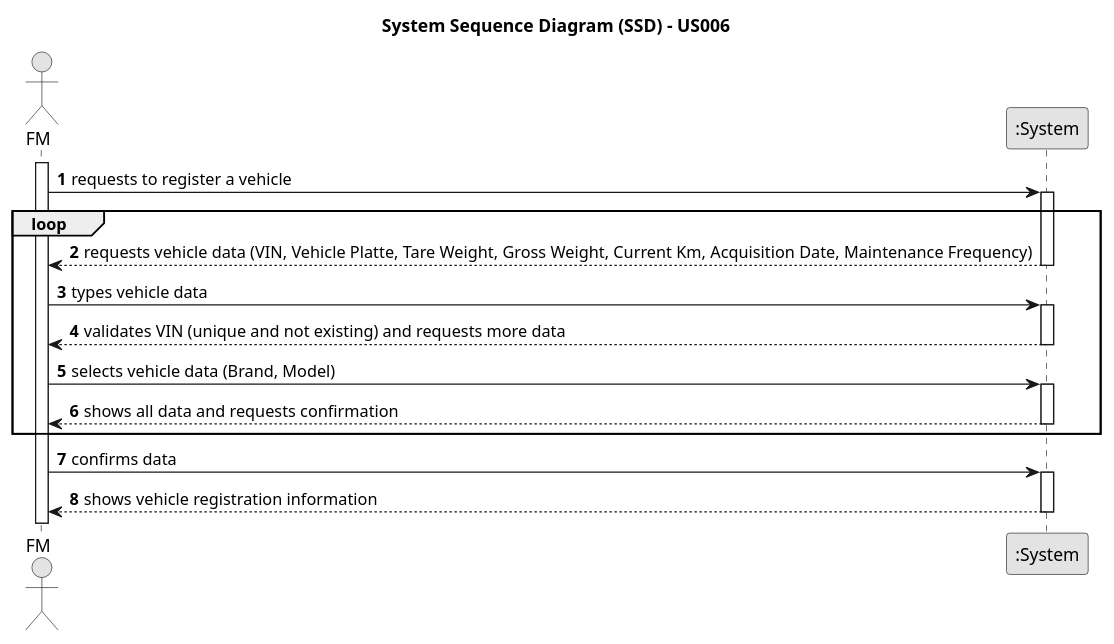
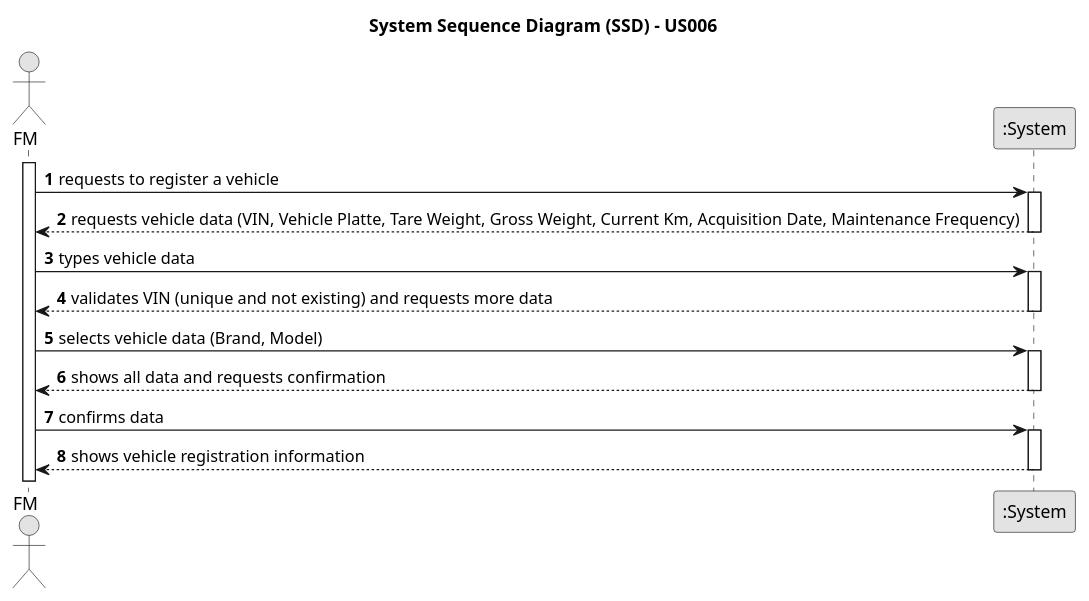
One commit to ricardomm7/leaflink changed the diagram in docs/sprintA/us006/01.requirements-engineering/puml/us006-system-sequence-diagram-alternative-one.puml. Above: the diagram before and after it, drawn with PlantUML. The commit also changed 14 other files, not shown here.

```diff
--- a/docs/sprintA/us006/01.requirements-engineering/puml/us006-system-sequence-diagram-alternative-one.puml
+++ b/docs/sprintA/us006/01.requirements-engineering/puml/us006-system-sequence-diagram-alternative-one.puml
@@ -1,39 +1,39 @@
 @startuml
 skinparam monochrome true
 skinparam packageStyle rectangle
 skinparam shadowing false
 
 title System Sequence Diagram (SSD) - US006
 
 autonumber
 
 actor "FM" as FM
 participant ":System" as System
 
 activate FM
 
     FM -> System : requests to register a vehicle
     activate System
-loop
+
         System --> FM : requests vehicle data (VIN, Vehicle Platte, Tare Weight, Gross Weight, Current Km, Acquisition Date, Maintenance Frequency)
     deactivate System
 
     FM -> System : types vehicle data
     activate System
 
         System --> FM : validates VIN (unique and not existing) and requests more data
     deactivate System
 
     FM -> System : selects vehicle data (Brand, Model)
         activate System
 
         System --> FM : shows all data and requests confirmation
     deactivate System
-end
+
     FM -> System : confirms data
     activate System
 
         System --> FM :  shows vehicle registration information
     deactivate System
 
 @enduml
```
